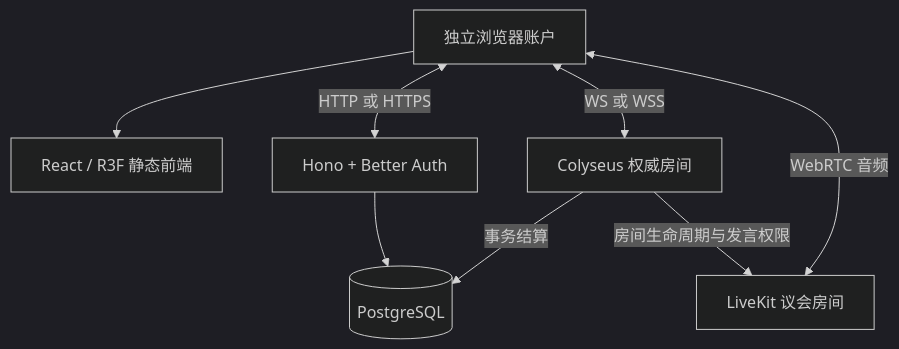
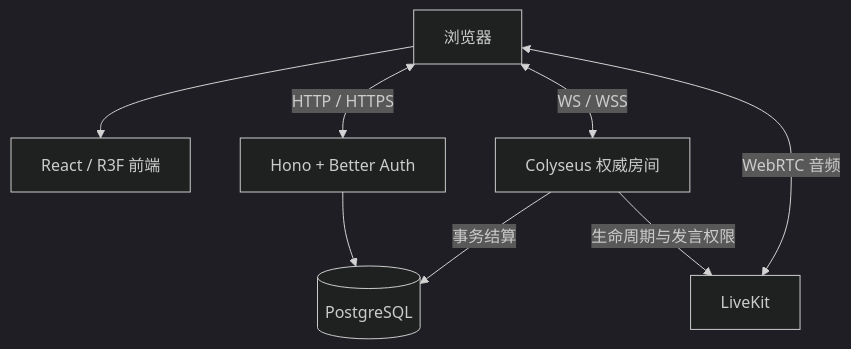
The diagram in docs/architecture.md (byronwang2005/soulwisp-returnlight), drawn with Mermaid (dark theme) before and after one commit. The commit also changed other lines of this file and 17 other files, not shown here.

````diff
--- a/docs/architecture.md
+++ b/docs/architecture.md
@@ -18,10 +18,10 @@
 ```mermaid
 flowchart TB
-  C[独立浏览器账户] --> W[React / R3F 静态前端]
-  C <-->|HTTP 或 HTTPS| A[Hono + Better Auth]
-  C <-->|WS 或 WSS| G[Colyseus 权威房间]
-  C <-->|WebRTC 音频| V[LiveKit 议会房间]
+  C[浏览器] --> W[React / R3F 前端]
+  C <-->|HTTP / HTTPS| A[Hono + Better Auth]
+  C <-->|WS / WSS| G[Colyseus 权威房间]
+  C <-->|WebRTC 音频| V[LiveKit]
   A --> DB[(PostgreSQL)]
   G -->|事务结算| DB
-  G -->|房间生命周期与发言权限| V
+  G -->|生命周期与发言权限| V
 ```
````
